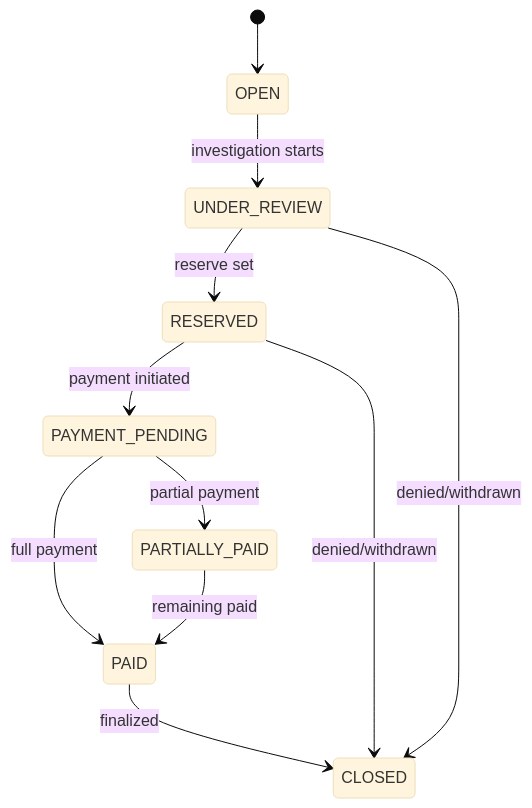
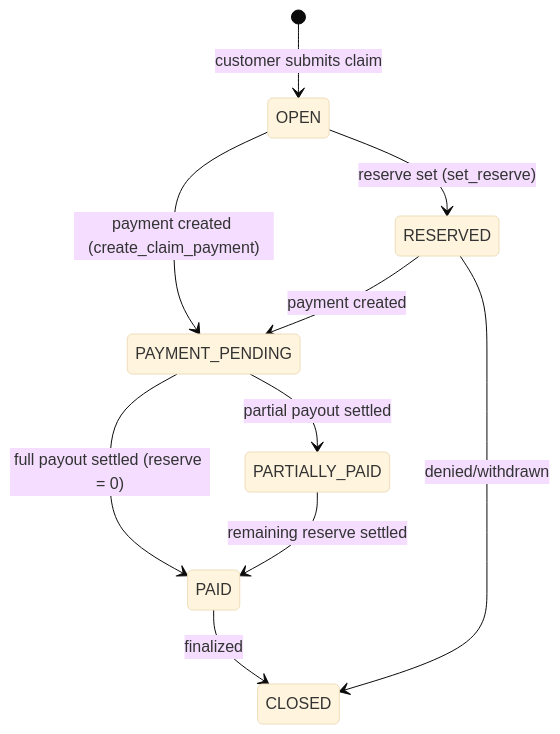
Before and after one commit to staniborII/corgi_policy_administration_t1: the fourth of 9 diagrams in docs/STATE_MACHINES.md, drawn with Mermaid (base theme). The commit also changed other lines of this file and 26 other files, not shown here.

````diff
--- a/docs/STATE_MACHINES.md
+++ b/docs/STATE_MACHINES.md
@@ -52,13 +52,12 @@
 ```mermaid
 stateDiagram-v2
-    [*] --> OPEN
-    OPEN --> UNDER_REVIEW : investigation starts
-    UNDER_REVIEW --> RESERVED : reserve set
-    RESERVED --> PAYMENT_PENDING : payment initiated
-    PAYMENT_PENDING --> PARTIALLY_PAID : partial payment
-    PAYMENT_PENDING --> PAID : full payment
-    PARTIALLY_PAID --> PAID : remaining paid
+    [*] --> OPEN : customer submits claim
+    OPEN --> RESERVED : reserve set (set_reserve)
+    OPEN --> PAYMENT_PENDING : payment created (create_claim_payment)
+    RESERVED --> PAYMENT_PENDING : payment created
+    PAYMENT_PENDING --> PARTIALLY_PAID : partial payout settled
+    PAYMENT_PENDING --> PAID : full payout settled (reserve = 0)
+    PARTIALLY_PAID --> PAID : remaining reserve settled
     PAID --> CLOSED : finalized
     RESERVED --> CLOSED : denied/withdrawn
-    UNDER_REVIEW --> CLOSED : denied/withdrawn
 ```
````
